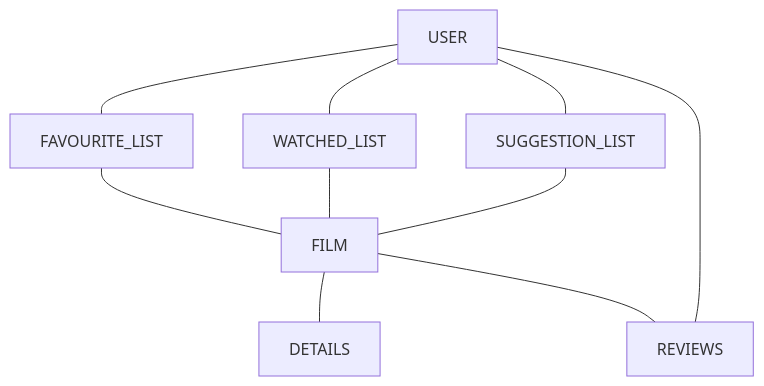
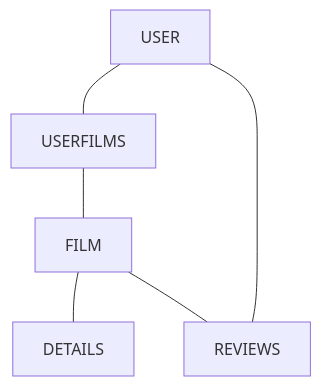
Before and after one commit to Niall96/HeresAFilm: the first of 2 diagrams in README.md, drawn with Mermaid. The commit also changed other lines of this file, not shown here.

````diff
--- a/README.md
+++ b/README.md
@@ -29,12 +29,8 @@
 ```mermaid
 flowchart 
- USER --- FAVOURITE_LIST
- USER --- SUGGESTION_LIST
- USER --- WATCHED_LIST
- FAVOURITE_LIST --- FILM
- WATCHED_LIST --- FILM
- SUGGESTION_LIST --- FILM
+ USER --- USERFILMS
+ USERFILMS --- FILM
  FILM --- DETAILS 
  FILM --- REVIEWS
  USER --- REVIEWS
 ```
````
